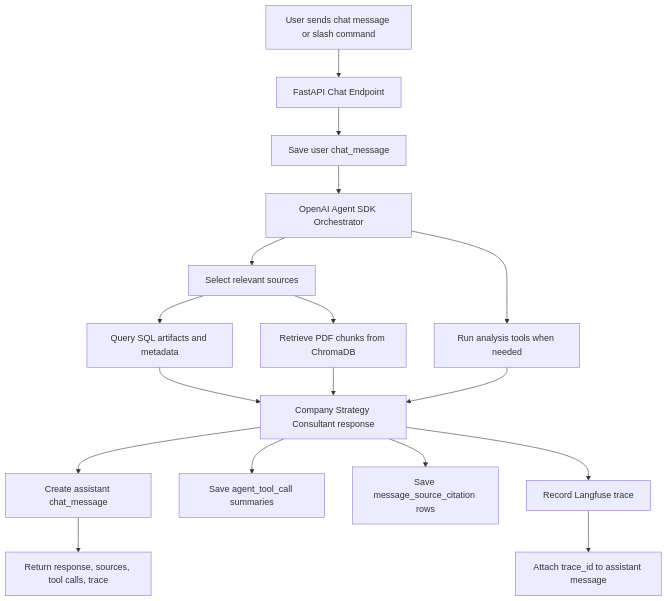
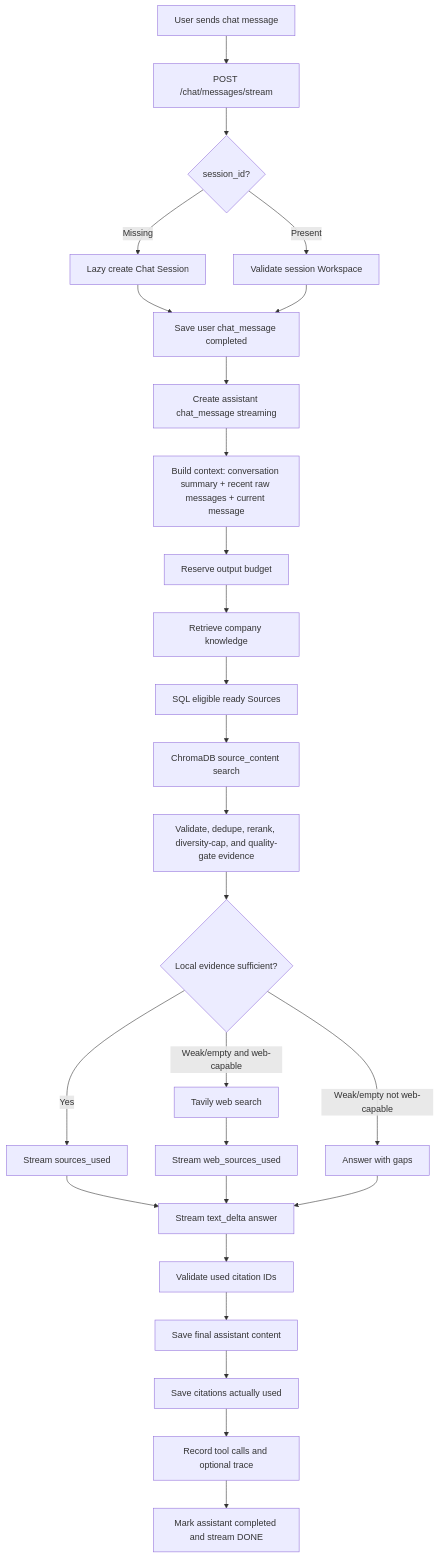
The third of 5 diagrams in docs/prd.md (kodvel/final-project), drawn with Mermaid before and after one commit. The commit also changed other lines of this file and 13 other files, not shown here.

````diff
--- a/docs/prd.md
+++ b/docs/prd.md
@@ -477,19 +621,29 @@
 ```mermaid
 flowchart TD
-  A[User sends chat message or slash command] --> B[FastAPI Chat Endpoint]
-  B --> C[Save user chat_message]
-  C --> D[OpenAI Agent SDK Orchestrator]
-  D --> E[Select relevant sources]
-  E --> F[Query SQL artifacts and metadata]
-  E --> G[Retrieve PDF chunks from ChromaDB]
-  D --> H[Run analysis tools when needed]
-  F --> I[Company Strategy Consultant response]
-  G --> I
-  H --> I
-  I --> J[Create assistant chat_message]
-  I --> K[Save agent_tool_call summaries]
-  I --> L[Save message_source_citation rows]
-  I --> M[Record Langfuse trace]
-  M --> N[Attach trace_id to assistant message]
-  J --> O[Return response, sources, tool calls, trace]
+  A[User sends chat message] --> B[POST /chat/messages/stream]
+  B --> C{session_id?}
+  C -->|Missing| D[Lazy create Chat Session]
+  C -->|Present| E[Validate session Workspace]
+  D --> F[Save user chat_message completed]
+  E --> F
+  F --> G[Create assistant chat_message streaming]
+  G --> H[Build context: conversation summary + recent raw messages + current message]
+  H --> I[Reserve output budget]
+  I --> J[Retrieve company knowledge]
+  J --> K[SQL eligible ready Sources]
+  K --> L[ChromaDB source_content search]
+  L --> M[Validate, dedupe, rerank, diversity-cap, and quality-gate evidence]
+  M --> N{Local evidence sufficient?}
+  N -->|Yes| O[Stream sources_used]
+  N -->|Weak/empty and web-capable| P[Tavily web search]
+  N -->|Weak/empty not web-capable| Q[Answer with gaps]
+  P --> R[Stream web_sources_used]
+  O --> S[Stream text_delta answer]
+  R --> S
+  Q --> S
+  S --> T[Validate used citation IDs]
+  T --> U[Save final assistant content]
+  U --> V[Save citations actually used]
+  V --> W[Record tool calls and optional trace]
+  W --> X[Mark assistant completed and stream DONE]
 ```
````
